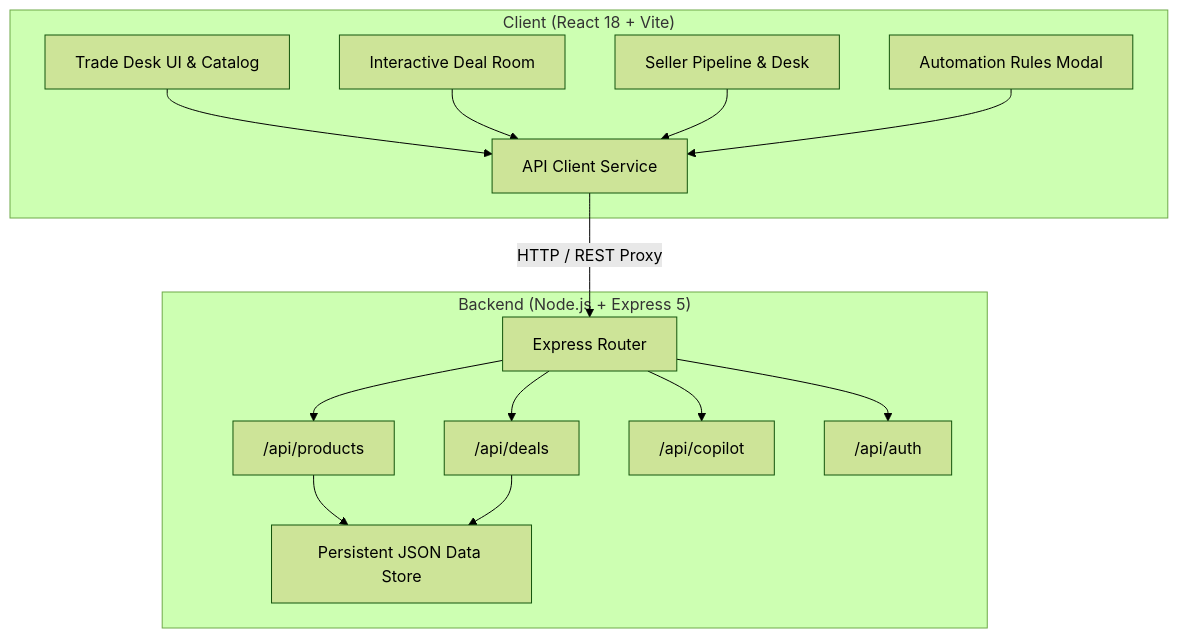
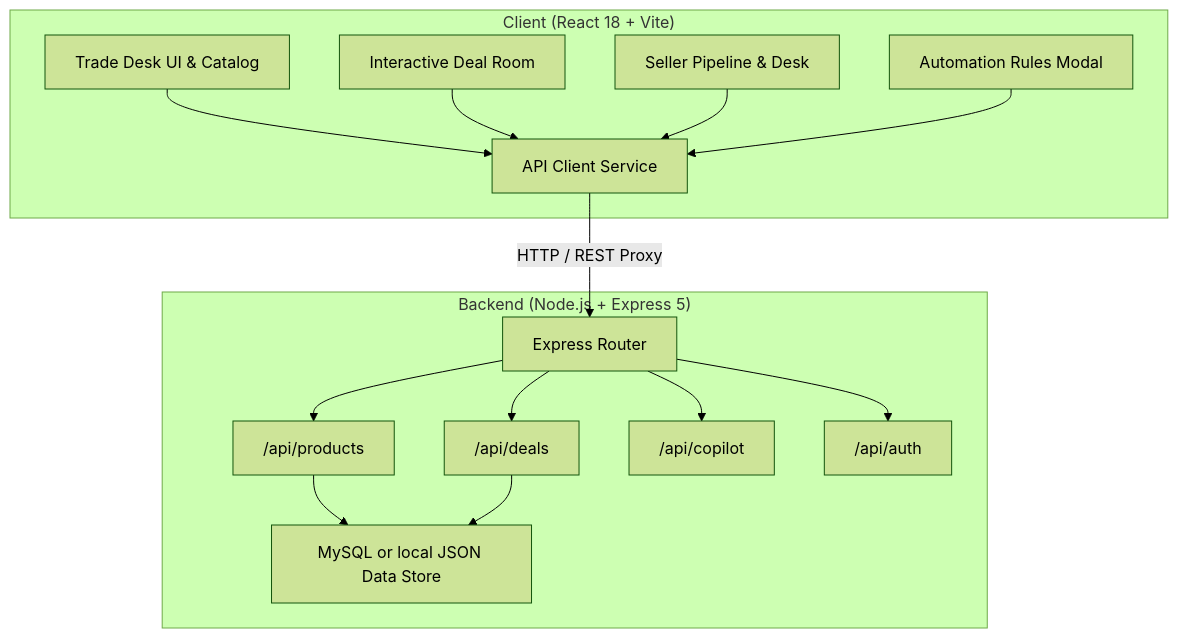
Before and after one commit to Abhi13shek/SellX: the diagram in README.md, drawn with Mermaid (forest theme). The commit also changed other lines of this file and 8 other files, not shown here.

````diff
--- a/README.md
+++ b/README.md
@@ -46,33 +46,33 @@
 ```mermaid
 graph TD
     subgraph Client ["Client (React 18 + Vite)"]
         UI[Trade Desk UI & Catalog]
         DR[Interactive Deal Room]
         SD[Seller Pipeline & Desk]
         AR[Automation Rules Modal]
         API_CLIENT[API Client Service]
     end
 
     subgraph Backend ["Backend (Node.js + Express 5)"]
         ROUTER[Express Router]
         PROD_API["/api/products"]
         DEAL_API["/api/deals"]
         COPILOT_API["/api/copilot"]
         AUTH_API["/api/auth"]
-        STORAGE[Persistent JSON Data Store]
+        STORAGE[MySQL or local JSON Data Store]
     end
 
     UI --> API_CLIENT
     DR --> API_CLIENT
     SD --> API_CLIENT
     AR --> API_CLIENT
 
     API_CLIENT -->|HTTP / REST Proxy| ROUTER
     ROUTER --> PROD_API
     ROUTER --> DEAL_API
     ROUTER --> COPILOT_API
     ROUTER --> AUTH_API
 
     PROD_API --> STORAGE
     DEAL_API --> STORAGE
 ```
````
